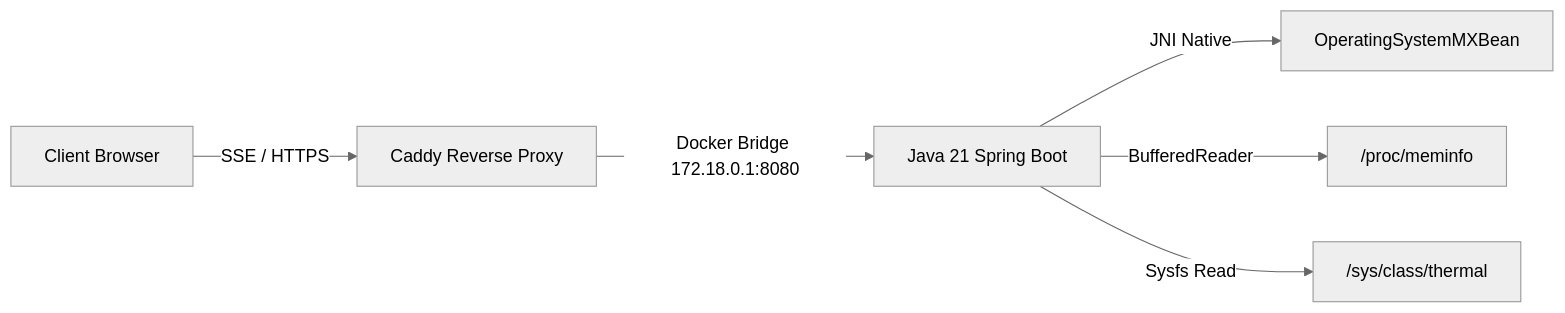
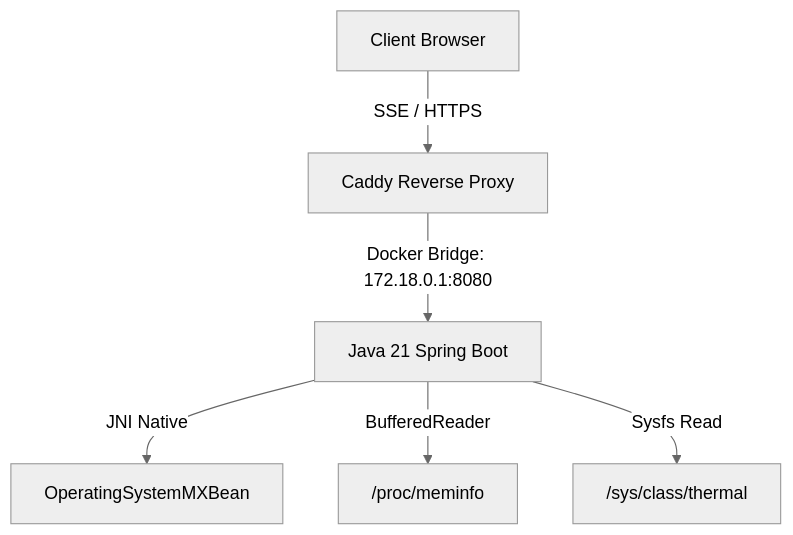
The diagram in README.md (Devadaru-ods/Devadaru-repo), drawn with Mermaid (neutral theme) before and after one commit.

Commit message:
Updaited README.md

````diff
--- a/README.md
+++ b/README.md
@@ -20,8 +20,8 @@
 ```mermaid
-graph LR
-    Client[Client Browser] -->|SSE / HTTPS| Caddy[Caddy Reverse Proxy]
-    Caddy -->|Docker Bridge 172.18.0.1:8080| Java[Java 21 Spring Boot]
-    Java -->|JNI Native| MXBean[OperatingSystemMXBean]
-    Java -->|BufferedReader| Proc["/proc/meminfo"]
-    Java -->|Sysfs Read| Temp["/sys/class/thermal"]
+graph TD
+  Client["Client Browser"] -->|SSE / HTTPS| Caddy["Caddy Reverse Proxy"]
+  Caddy -->|Docker Bridge: 172.18.0.1:8080| Java["Java 21 Spring Boot"]
+  Java -->|JNI Native| MXBean["OperatingSystemMXBean"]
+  Java -->|BufferedReader| Proc["/proc/meminfo"]
+  Java -->|Sysfs Read| Temp["/sys/class/thermal"]
 ```
````
